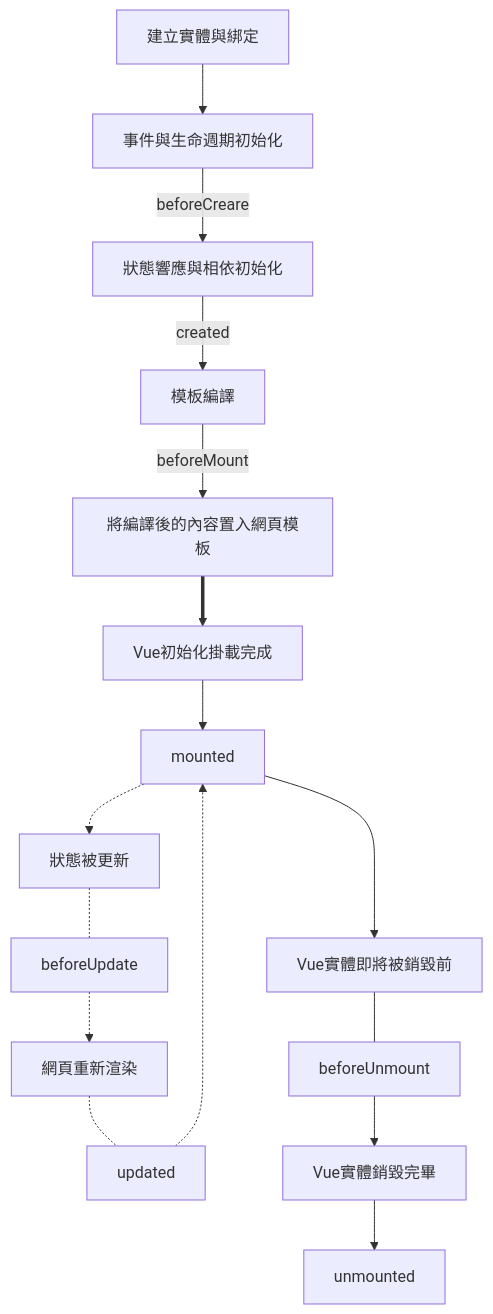
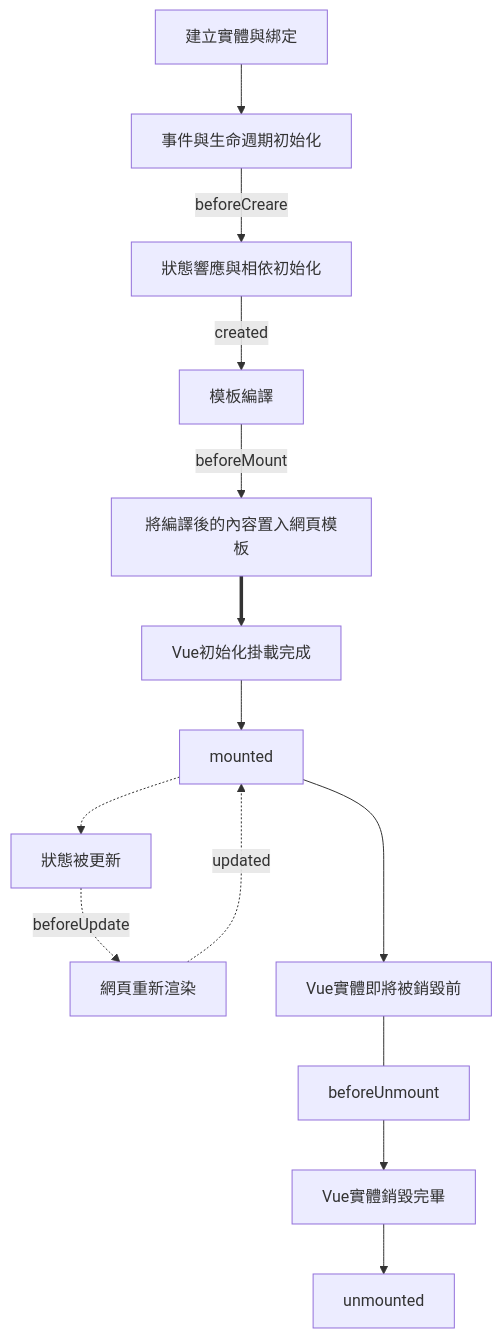
The diagram in Vue/生命週期.md (ATMJin/myNotes), drawn with Mermaid before and after one commit. The commit also changed other lines of this file and 3 other files, not shown here.

````diff
--- a/Vue/生命週期.md
+++ b/Vue/生命週期.md
@@ -8,9 +8,9 @@
 ```mermaid
 flowchart TB
   建立實體與綁定 --> 事件與生命週期初始化
   事件與生命週期初始化 -- beforeCreare --> 狀態響應與相依初始化
   狀態響應與相依初始化 -- created --> 模板編譯
   模板編譯 -- beforeMount --> 將編譯後的內容置入網頁模板 ==> Vue初始化掛載完成 --> mounted
-  mounted -.-> 狀態被更新 -.- beforeUpdate -.-> 網頁重新渲染 -.- updated -.-> mounted
+  mounted -.-> 狀態被更新 -. beforeUpdate .-> 網頁重新渲染 -. updated .-> mounted
   mounted ---> Vue實體即將被銷毀前 --- beforeUnmount --> Vue實體銷毀完畢 --> unmounted
 ```
````
